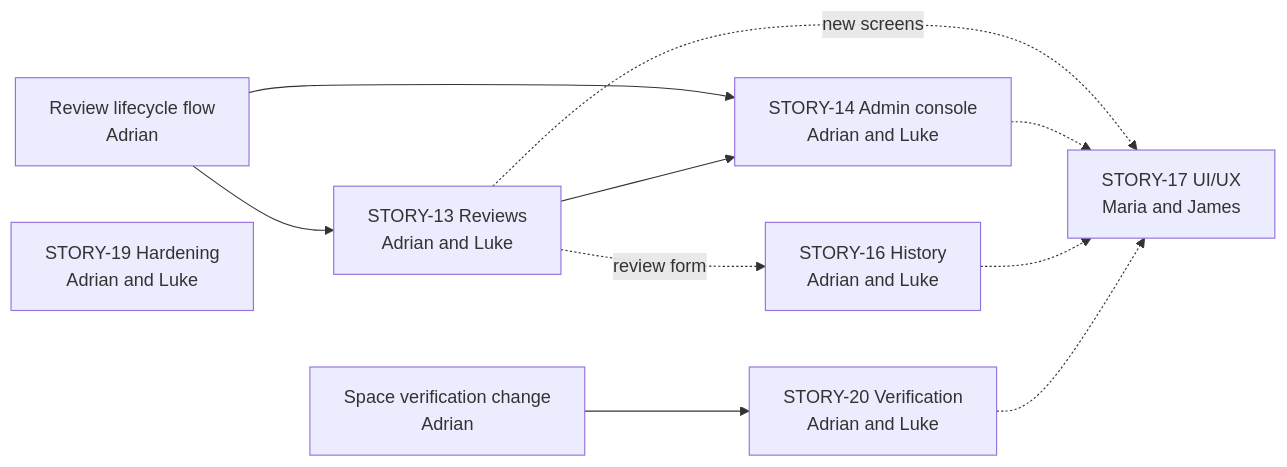
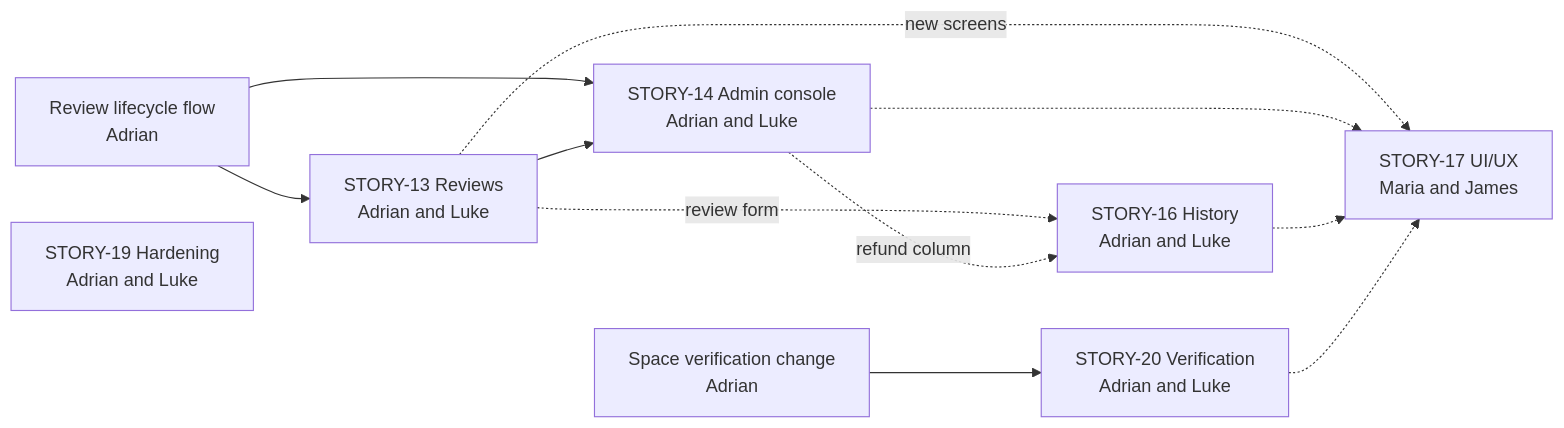
The diagram in docs/SPRINT-3.md (dreeyanzz/studyhub), drawn with Mermaid before and after one commit. The commit also changed other lines of this file and 9 other files, not shown here.

````diff
--- a/docs/SPRINT-3.md
+++ b/docs/SPRINT-3.md
@@ -101,13 +101,14 @@
 ```mermaid
 flowchart LR
     F1["Review lifecycle flow<br/>Adrian"] --> S13["STORY-13 Reviews<br/>Adrian and Luke"]
     F1 --> S14["STORY-14 Admin console<br/>Adrian and Luke"]
     S13 --> S14
     S13 -. review form .-> S16["STORY-16 History<br/>Adrian and Luke"]
+    S14 -. refund column .-> S16
     F2["Space verification change<br/>Adrian"] --> S20["STORY-20 Verification<br/>Adrian and Luke"]
     S13 -. new screens .-> S17["STORY-17 UI/UX<br/>Maria and James"]
     S14 -.-> S17
     S16 -.-> S17
     S20 -.-> S17
     S19["STORY-19 Hardening<br/>Adrian and Luke"]
 ```
````
